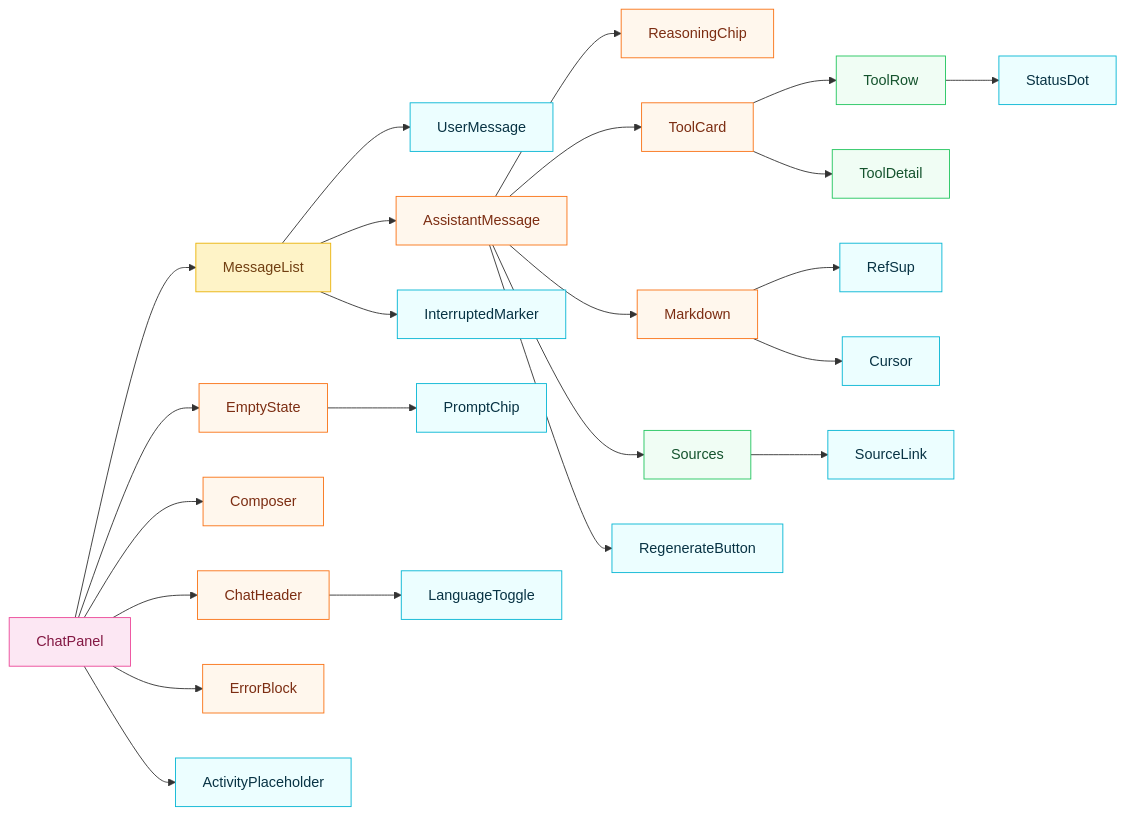
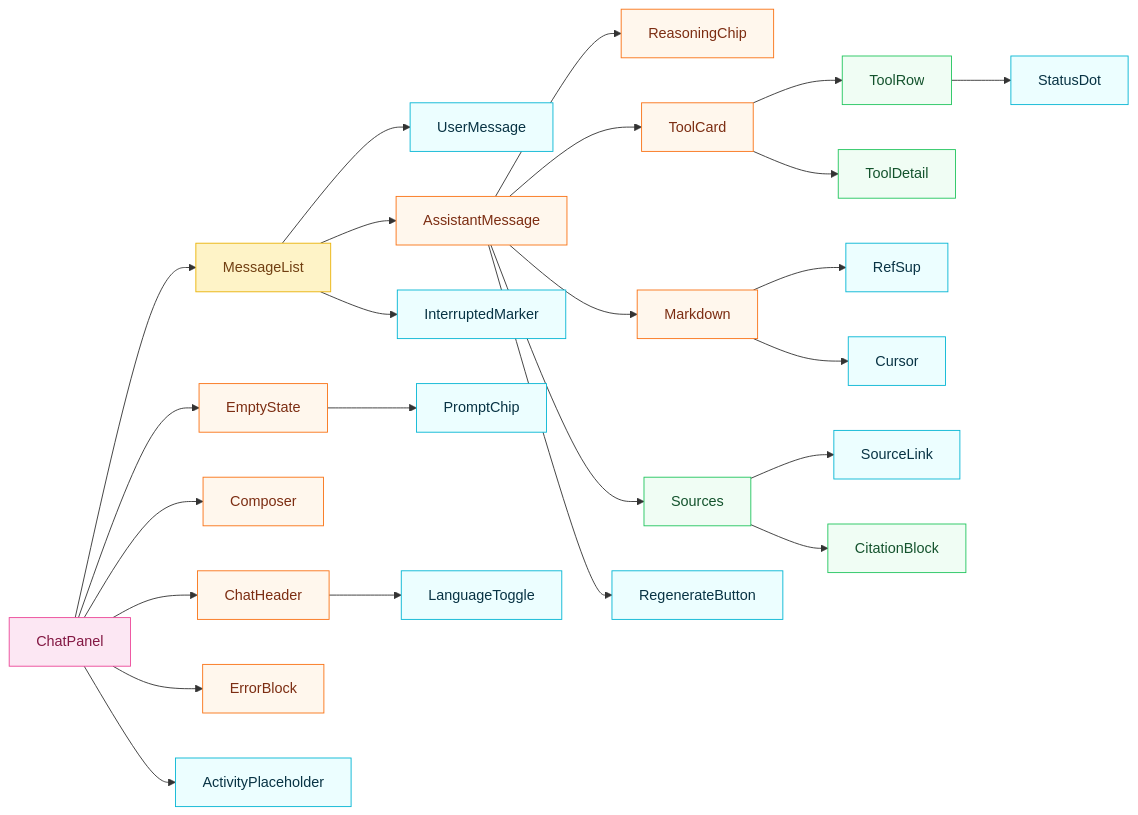
One commit to wei-yiting/fin-lab-x changed the second of 4 diagrams in docs/frontend_chat_architecture.md. Above: the diagram before and after it, drawn with Mermaid. The commit also changed other lines of this file and 20 other files, not shown here.

````diff
--- a/docs/frontend_chat_architecture.md
+++ b/docs/frontend_chat_architecture.md
@@ -97,43 +98,44 @@
 ```mermaid
 flowchart LR
     ChatPanel --> ChatHeader
     ChatPanel --> MessageList
     ChatPanel --> Composer
     ChatPanel --> EmptyState
     ChatPanel --> ErrorBlock
     ChatPanel --> ActivityPlaceholder
 
     MessageList --> UserMessage
     MessageList --> AssistantMessage
     MessageList --> InterruptedMarker
 
     AssistantMessage --> ReasoningChip
     AssistantMessage --> ToolCard
     AssistantMessage --> Markdown
     AssistantMessage --> Sources
     AssistantMessage --> RegenerateButton
 
     ToolCard --> ToolRow
     ToolCard --> ToolDetail
     ToolRow --> StatusDot
 
     Markdown --> RefSup
     Markdown --> Cursor
 
     Sources --> SourceLink
+    Sources --> CitationBlock
 
     EmptyState --> PromptChip
     ChatHeader --> LanguageToggle
 
     classDef atomCls fill:#ecfeff,stroke:#06b6d4,color:#083344
     classDef moleculeCls fill:#f0fdf4,stroke:#22c55e,color:#14532d
     classDef organismCls fill:#fff7ed,stroke:#f97316,color:#7c2d12
     classDef templateCls fill:#fef3c7,stroke:#eab308,color:#713f12
     classDef pageCls fill:#fce7f3,stroke:#ec4899,color:#831843
 
     class StatusDot,RefSup,Cursor,ActivityPlaceholder,PromptChip,LanguageToggle,RegenerateButton,InterruptedMarker,SourceLink,UserMessage atomCls
-    class ToolRow,ToolDetail,Sources moleculeCls
+    class ToolRow,ToolDetail,Sources,CitationBlock moleculeCls
     class ReasoningChip,ChatHeader,AssistantMessage,ToolCard,Markdown,ErrorBlock,Composer,EmptyState organismCls
     class MessageList templateCls
     class ChatPanel pageCls
 ```
````
